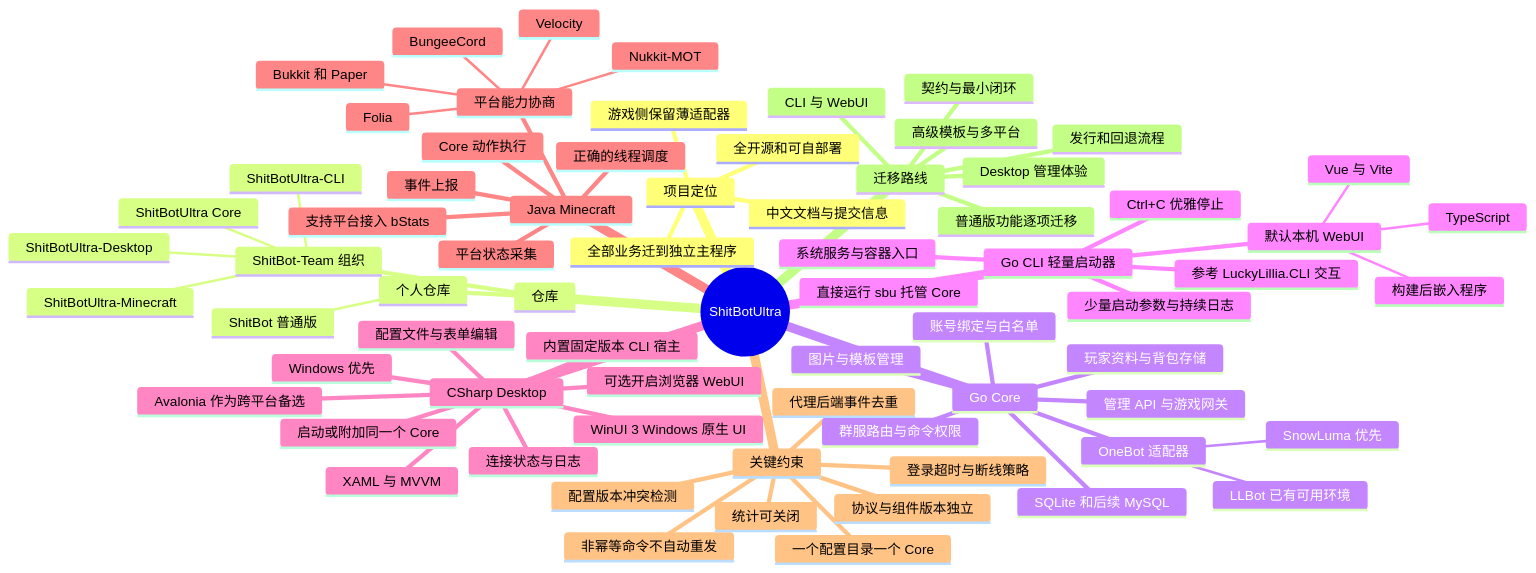
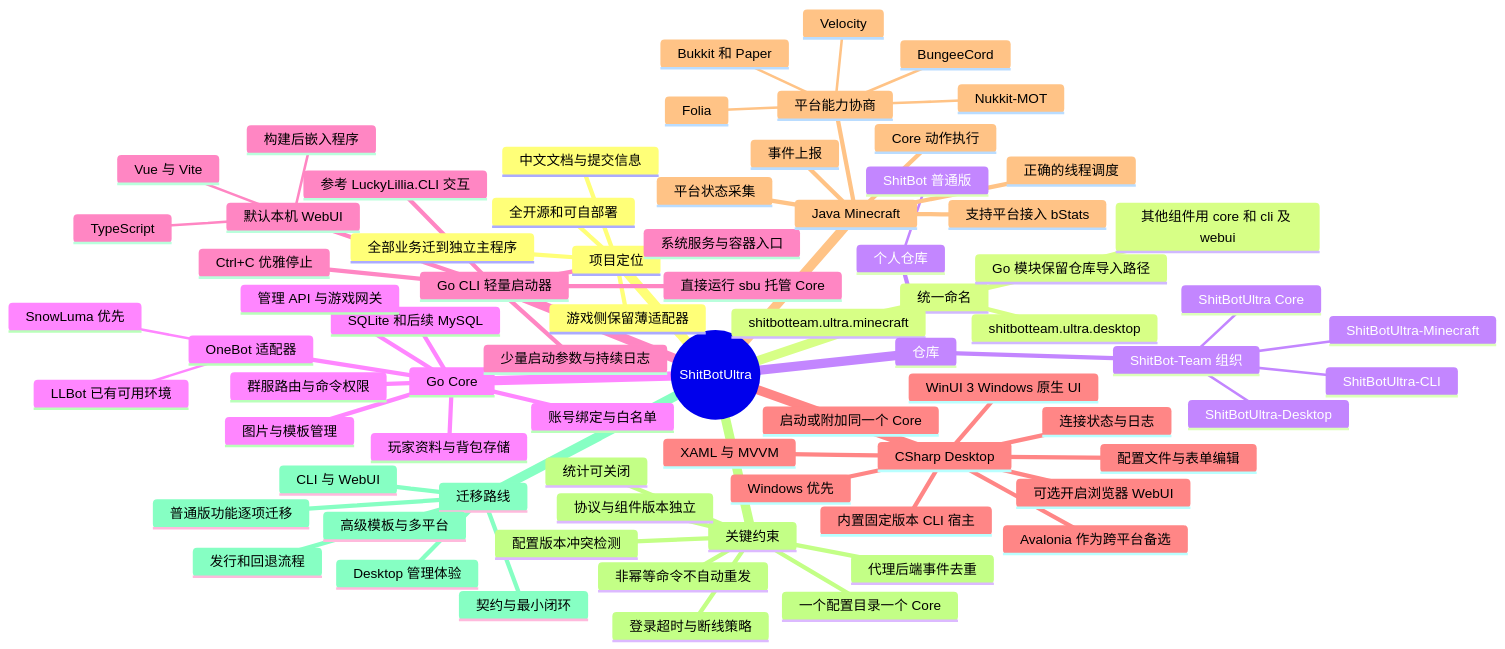
Before and after one commit to ShitBot-Team/ShitBotUltra: the diagram in docs/plan/04-思维导图.md, drawn with Mermaid. The commit also changed other lines of this file and 3 other files, not shown here.

Commit message:
文档：统一 shitbotteam.ultra 组件包名与命名空间

````diff
--- a/docs/plan/04-思维导图.md
+++ b/docs/plan/04-思维导图.md
@@ -5,74 +5,79 @@
 ```mermaid
 mindmap
   root((ShitBotUltra))
     项目定位
       全部业务迁到独立主程序
       游戏侧保留薄适配器
       全开源和可自部署
       中文文档与提交信息
+    统一命名
+      shitbotteam.ultra.minecraft
+      shitbotteam.ultra.desktop
+      其他组件用 core 和 cli 及 webui
+      Go 模块保留仓库导入路径
     仓库
       个人仓库
         ShitBot 普通版
       ShitBot-Team 组织
         ShitBotUltra Core
         ShitBotUltra-CLI
         ShitBotUltra-Desktop
         ShitBotUltra-Minecraft
     Go Core
       账号绑定与白名单
       群服路由与命令权限
       玩家资料与背包存储
       图片与模板管理
       SQLite 和后续 MySQL
       OneBot 适配器
         SnowLuma 优先
         LLBot 已有可用环境
       管理 API 与游戏网关
     Go CLI 轻量启动器
       参考 LuckyLillia.CLI 交互
       直接运行 sbu 托管 Core
       少量启动参数与持续日志
       Ctrl+C 优雅停止
       系统服务与容器入口
       默认本机 WebUI
         TypeScript
         Vue 与 Vite
         构建后嵌入程序
     CSharp Desktop
       WinUI 3 Windows 原生 UI
       XAML 与 MVVM
       Avalonia 作为跨平台备选
       内置固定版本 CLI 宿主
       启动或附加同一个 Core
       配置文件与表单编辑
       连接状态与日志
       可选开启浏览器 WebUI
       Windows 优先
     Java Minecraft
       事件上报
       平台状态采集
       Core 动作执行
       正确的线程调度
       平台能力协商
         Bukkit 和 Paper
         Folia
         Velocity
         BungeeCord
         Nukkit-MOT
       支持平台接入 bStats
     关键约束
       一个配置目录一个 Core
       配置版本冲突检测
       登录超时与断线策略
       代理后端事件去重
       非幂等命令不自动重发
       协议与组件版本独立
       统计可关闭
     迁移路线
       契约与最小闭环
       CLI 与 WebUI
       Desktop 管理体验
       普通版功能逐项迁移
       高级模板与多平台
       发行和回退流程
 ```
````
